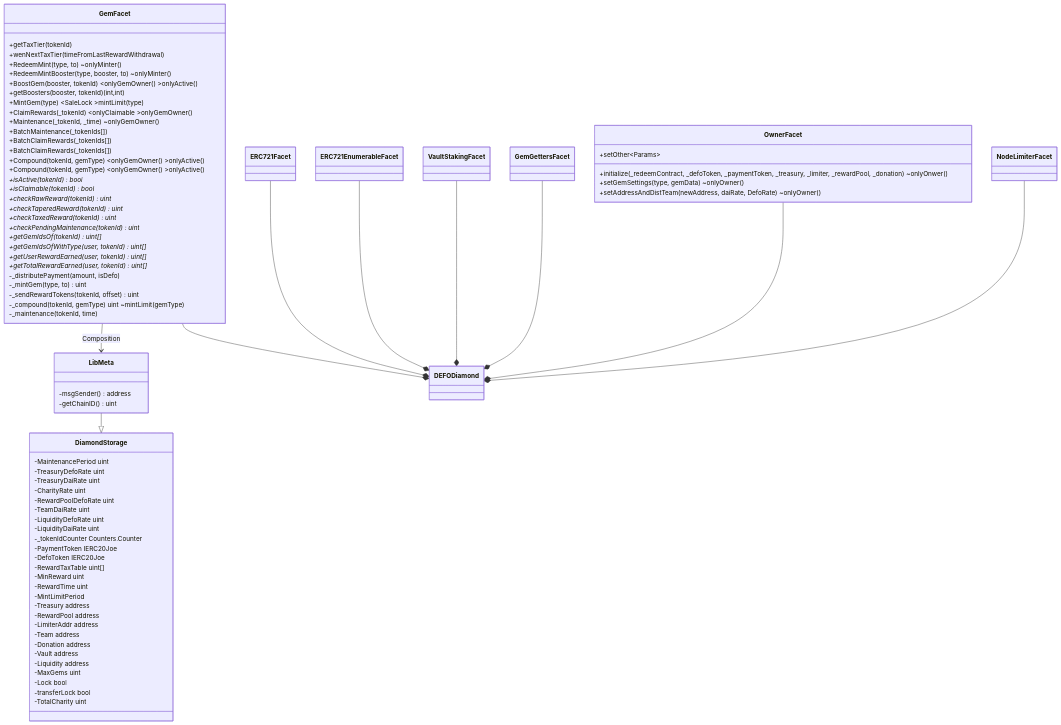
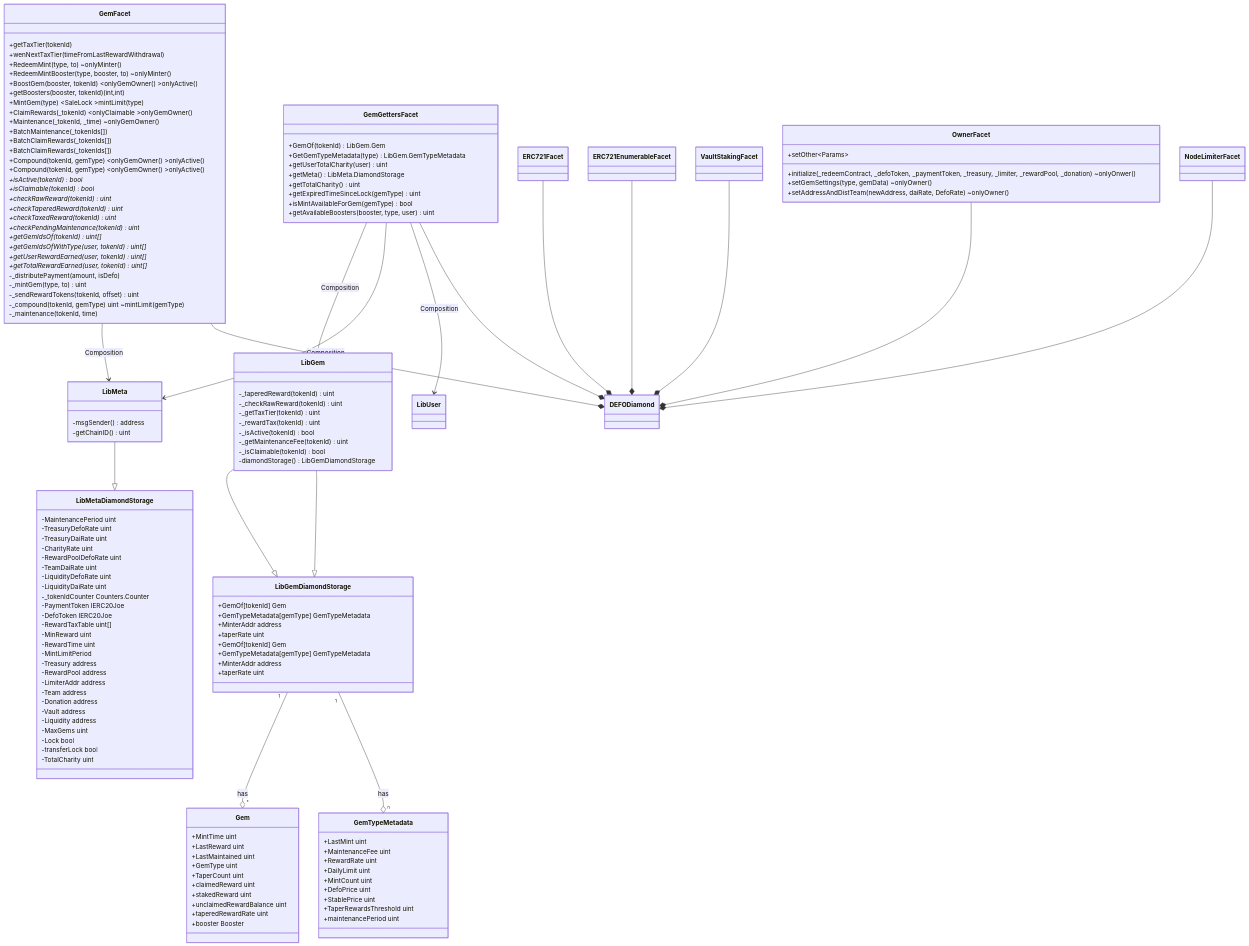
One commit to defoundationxyz/defo-contract changed the diagram in README.md. Above: the diagram before and after it, drawn with Mermaid.

Commit message:
dev:  mermaid contracts diagram, libGem

```diff
--- a/README.md
+++ b/README.md
@@ -98,8 +98,8 @@
   -msgSender() address
   -getChainID() uint
 }
-LibMeta --|> DiamondStorage
-class DiamondStorage {
+LibMeta --|> LibMetaDiamondStorage
+class LibMetaDiamondStorage {
   -MaintenancePeriod uint
   -TreasuryDefoRate uint
   -TreasuryDaiRate uint
@@ -128,7 +128,19 @@
   -TotalCharity uint
 }
 
-
+class GemGettersFacet {
+  +GemOf(tokenId) LibGem.Gem
+  +GetGemTypeMetadata(type) LibGem.GemTypeMetadata
+  +getUserTotalCharity(user) uint
+  +getMeta() LibMeta.DiamondStorage
+  +getTotalCharity() uint
+  +getExpiredTimeSinceLock(gemType) uint
+  +isMintAvailableForGem(gemType) bool
+  +getAvailableBoosters(booster, type, user) uint
+}
+GemGettersFacet --> LibGem: Composition
+GemGettersFacet --> LibMeta: Composition
+GemGettersFacet --> LibUser: Composition
 
 class OwnerFacet {
   +initialize(_redeemContract, _defoToken, _paymentToken, _treasury, _limiter, _rewardPool, _donation) ~onlyOnwer()
@@ -136,6 +148,62 @@
   +setAddressAndDistTeam(newAddress, daiRate, DefoRate) ~onlyOwner()
   +setOther~Params~
 }
+
+
+
+class LibGem {
+  -_taperedReward(tokenId) uint
+  -_checkRawReward(tokenId) uint
+  -_getTaxTier(tokenId) uint
+  -_rewardTax(tokenId) uint
+  -_isActive(tokenId) bool
+  -_getMaintenanceFee(tokenId) uint
+  -_isClaimable(tokenId) bool
+  -diamondStorage() LibGemDiamondStorage
+}
+LibGem --|> LibGemDiamondStorage
+class LibGemDiamondStorage {
+  +GemOf[tokenId] Gem
+  +GemTypeMetadata[gemType] GemTypeMetadata
+  +MinterAddr address
+  +taperRate uint
+}
+
+LibGem --|> LibGemDiamondStorage
+class LibGemDiamondStorage {
+  +GemOf[tokenId] Gem
+  +GemTypeMetadata[gemType] GemTypeMetadata
+  +MinterAddr address
+  +taperRate uint
+}
+
+LibGemDiamondStorage "1" --o "*" Gem : has
+class Gem {
+  +MintTime uint
+  +LastReward uint
+  +LastMaintained uint
+  +GemType uint
+  +TaperCount uint
+  +claimedReward uint
+  +stakedReward uint
+  +unclaimedRewardBalance uint
+  +taperedRewardRate uint
+  +booster Booster
+}
+
+LibGemDiamondStorage "1" --o "n" GemTypeMetadata : has
+class GemTypeMetadata {
+  +LastMint uint
+  +MaintenanceFee uint
+  +RewardRate uint
+  +DailyLimit uint
+  +MintCount uint
+  +DefoPrice uint
+  +StablePrice uint
+  +TaperRewardsThreshold uint
+  +maintenancePeriod uint
+}
+
 
 
 GemFacet --* DEFODiamond
```
